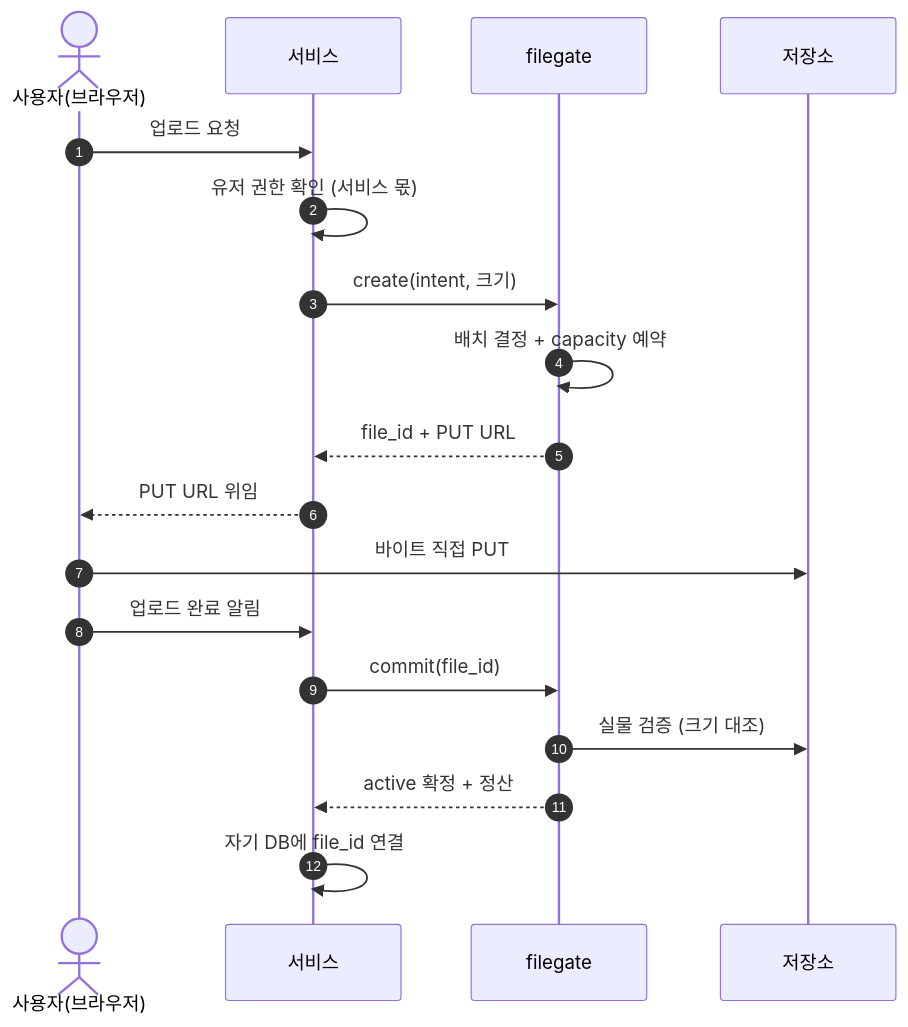
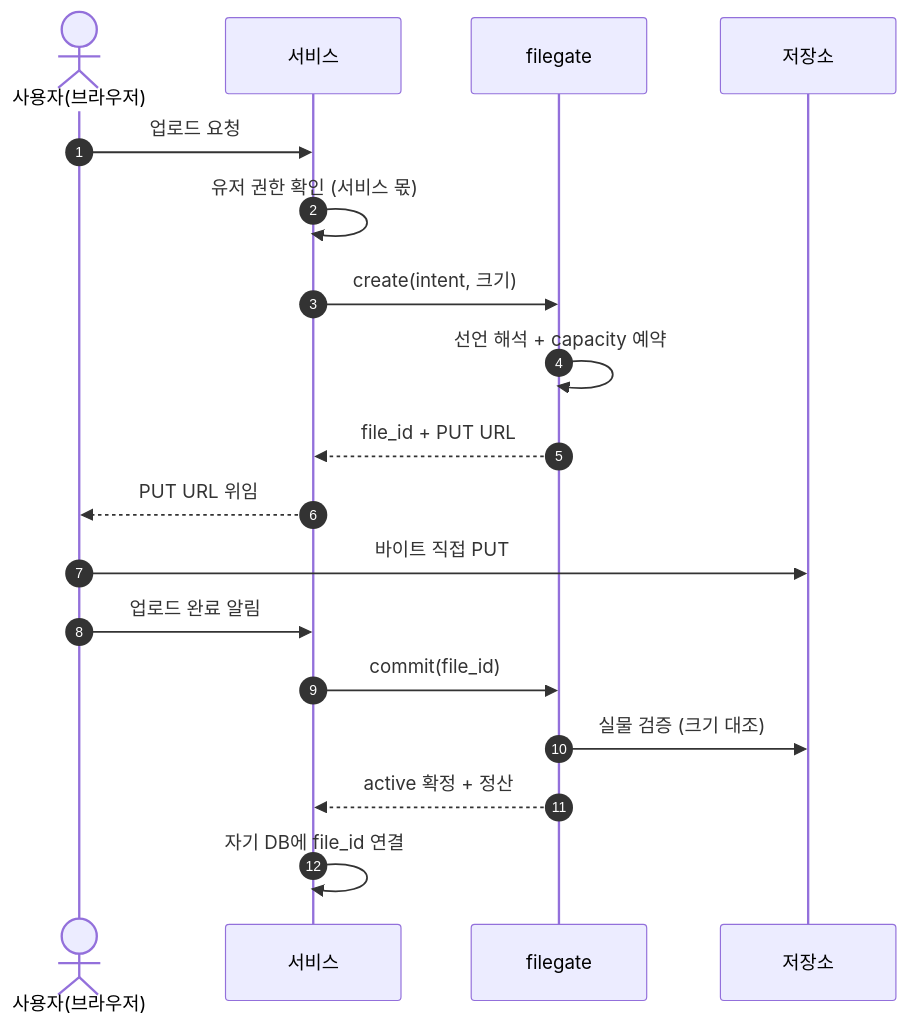
Before and after one commit to cagojeiger/filegate: the first of 2 diagrams in docs/spec/00-operations.md, drawn with Mermaid. The commit also changed other lines of this file and 9 other files, not shown here.

````diff
--- a/docs/spec/00-operations.md
+++ b/docs/spec/00-operations.md
@@ -80,21 +80,21 @@
 ```mermaid
 sequenceDiagram
     autonumber
     actor U as 사용자(브라우저)
     participant S as 서비스
     participant F as filegate
     participant O as 저장소
 
     U->>S: 업로드 요청
     S->>S: 유저 권한 확인 (서비스 몫)
     S->>F: create(intent, 크기)
-    F->>F: 배치 결정 + capacity 예약
+    F->>F: 선언 해석 + capacity 예약
     F-->>S: file_id + PUT URL
     S-->>U: PUT URL 위임
     U->>O: 바이트 직접 PUT
     U->>S: 업로드 완료 알림
     S->>F: commit(file_id)
     F->>O: 실물 검증 (크기 대조)
     F-->>S: active 확정 + 정산
     S->>S: 자기 DB에 file_id 연결
 ```
````
